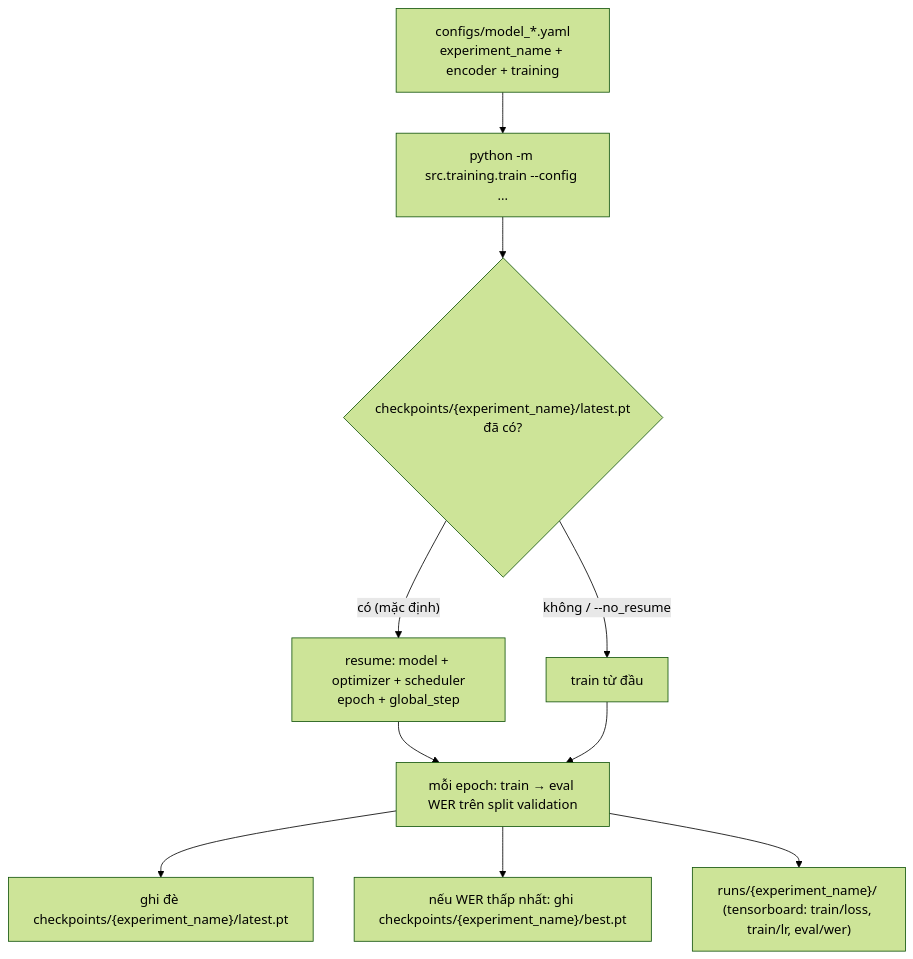
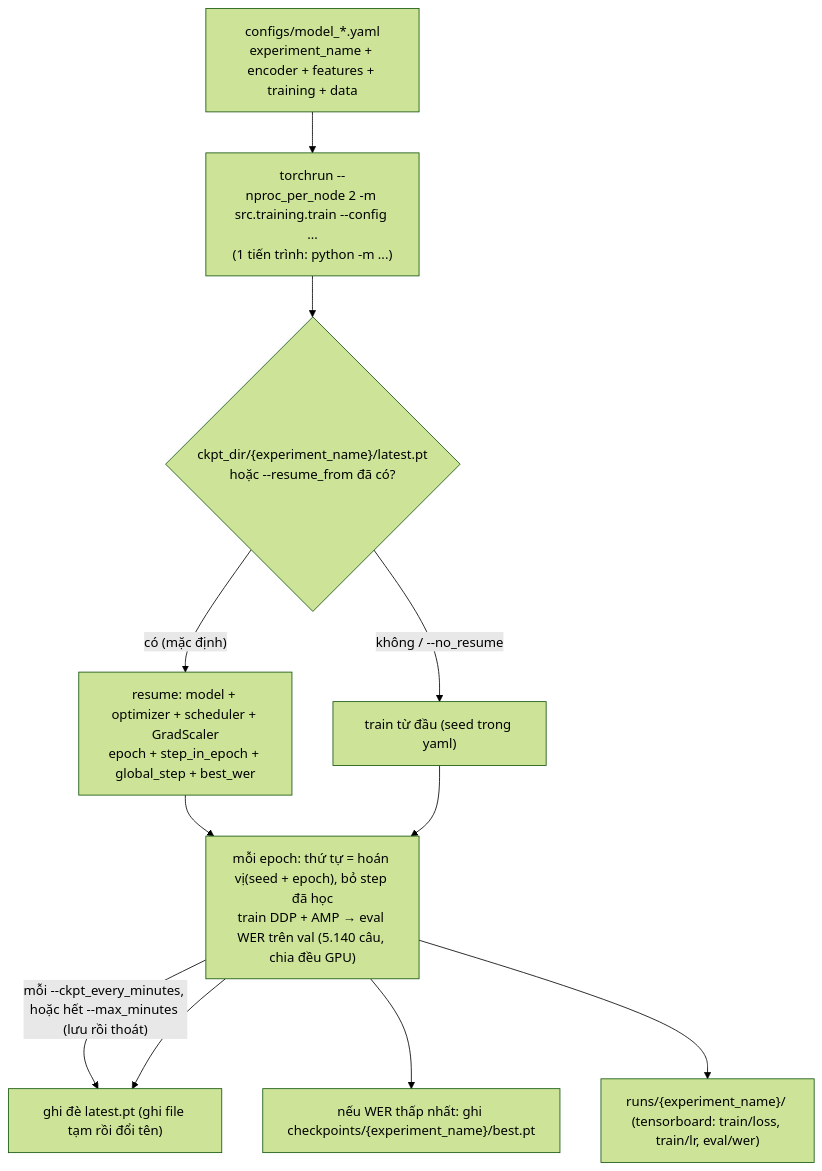
One commit to VuKhah/specialized-thesis changed the third of 4 diagrams in ARCHITECTURE.md. Above: the diagram before and after it, drawn with Mermaid (forest theme). The commit also changed other lines of this file and 13 other files, not shown here.

````diff
--- a/ARCHITECTURE.md
+++ b/ARCHITECTURE.md
@@ -103,12 +110,13 @@
 ```mermaid
 flowchart TD
-    Y["configs/model_*.yaml<br/>experiment_name + encoder + training"] --> T["python -m src.training.train --config ..."]
-    T --> R{"checkpoints/{experiment_name}/latest.pt<br/>đã có?"}
-    R -->|"có (mặc định)"| RES["resume: model + optimizer + scheduler<br/>epoch + global_step"]
-    R -->|"không / --no_resume"| NEW["train từ đầu"]
+    Y["configs/model_*.yaml<br/>experiment_name + encoder + features + training + data"] --> T["torchrun --nproc_per_node 2 -m src.training.train --config ...<br/>(1 tiến trình: python -m ...)"]
+    T --> R{"ckpt_dir/{experiment_name}/latest.pt<br/>hoặc --resume_from đã có?"}
+    R -->|"có (mặc định)"| RES["resume: model + optimizer + scheduler + GradScaler<br/>epoch + step_in_epoch + global_step + best_wer"]
+    R -->|"không / --no_resume"| NEW["train từ đầu (seed trong yaml)"]
     RES --> LOOP
-    NEW --> LOOP["mỗi epoch: train → eval WER trên split validation"]
-    LOOP --> LATEST["ghi đè checkpoints/{experiment_name}/latest.pt"]
+    NEW --> LOOP["mỗi epoch: thứ tự = hoán vị(seed + epoch), bỏ step đã học<br/>train DDP + AMP → eval WER trên val (5.140 câu, chia đều GPU)"]
+    LOOP -->|"mỗi --ckpt_every_minutes, hoặc hết --max_minutes (lưu rồi thoát)"| LATEST
+    LOOP --> LATEST["ghi đè latest.pt (ghi file tạm rồi đổi tên)"]
     LOOP --> BEST["nếu WER thấp nhất: ghi checkpoints/{experiment_name}/best.pt"]
     LOOP --> TB["runs/{experiment_name}/ (tensorboard: train/loss, train/lr, eval/wer)"]
 ```
````
